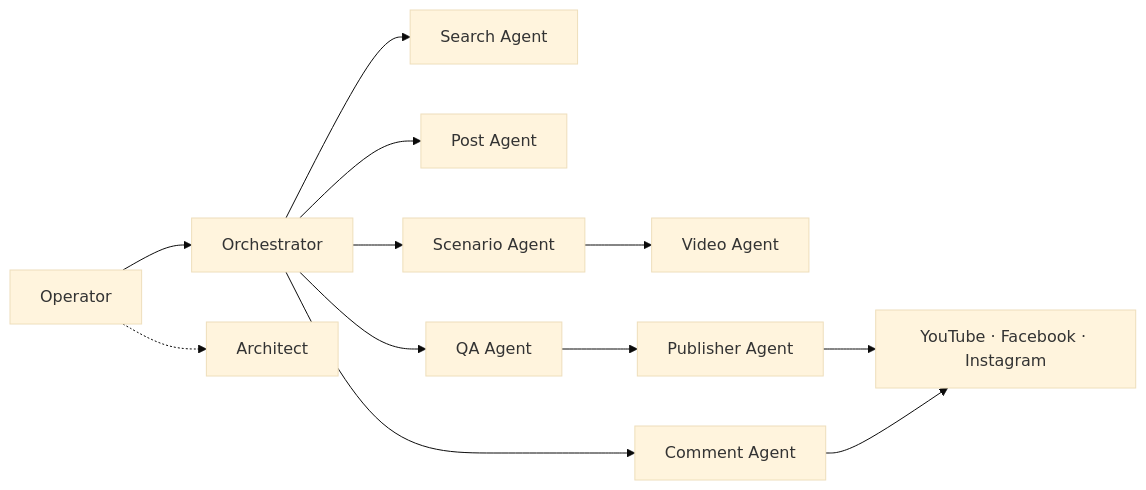
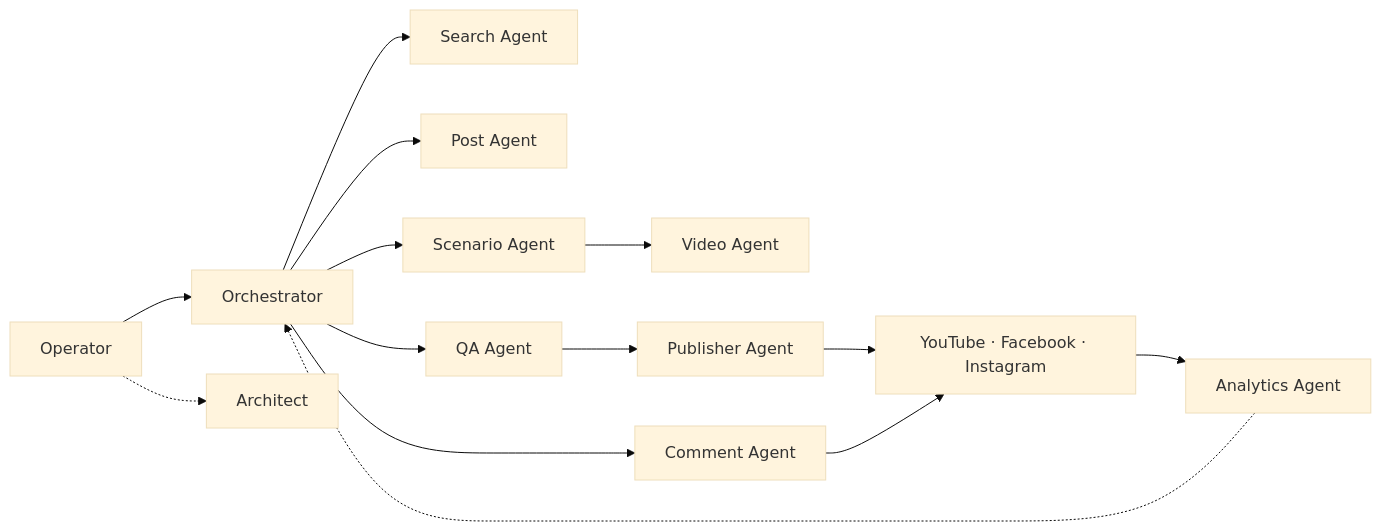
Before and after one commit to mediaops-platform/.github: the diagram in profile/README.md, drawn with Mermaid (base theme). The commit also changed other lines of this file, not shown here.

First line of the commit message:
docs(profile): v0.2.0 — Analytics Agent + search rewrite

````diff
--- a/profile/README.md
+++ b/profile/README.md
@@ -216,14 +216,16 @@
 ```mermaid
 flowchart LR
     Operator["Operator"] --> Orchestrator["Orchestrator"]
     Operator -.-> Architect["Architect"]
     Orchestrator --> Search["Search Agent"]
     Orchestrator --> Post["Post Agent"]
     Orchestrator --> Scenario["Scenario Agent"]
     Scenario --> Video["Video Agent"]
     Orchestrator --> QA["QA Agent"]
     QA --> Publisher["Publisher Agent"]
     Publisher --> Platforms["YouTube · Facebook · Instagram"]
     Orchestrator --> Comment["Comment Agent"]
     Comment --> Platforms
+    Platforms --> Analytics["Analytics Agent"]
+    Analytics -.-> Orchestrator
 ```
````
